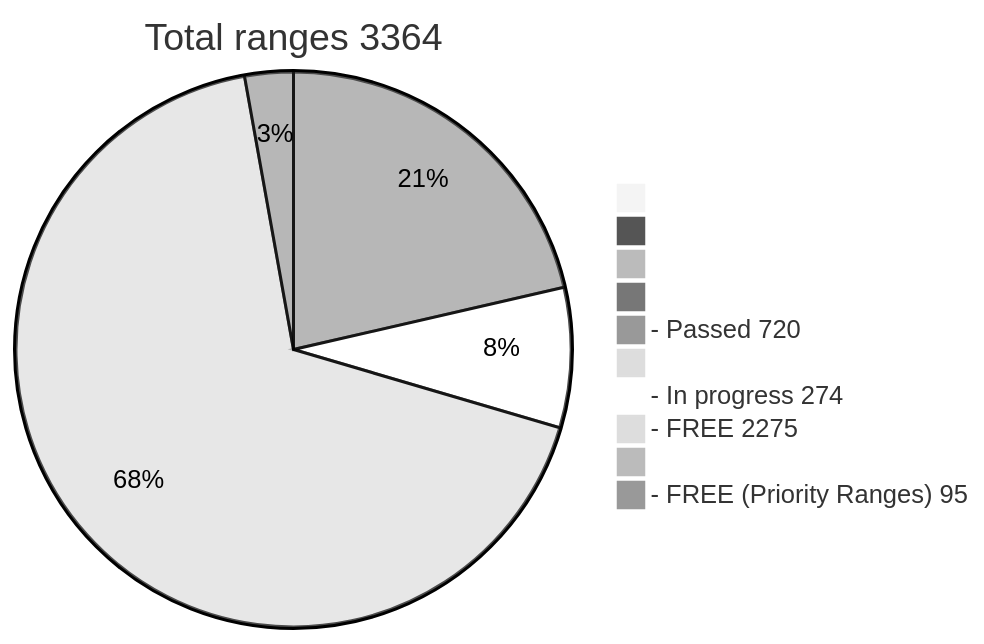
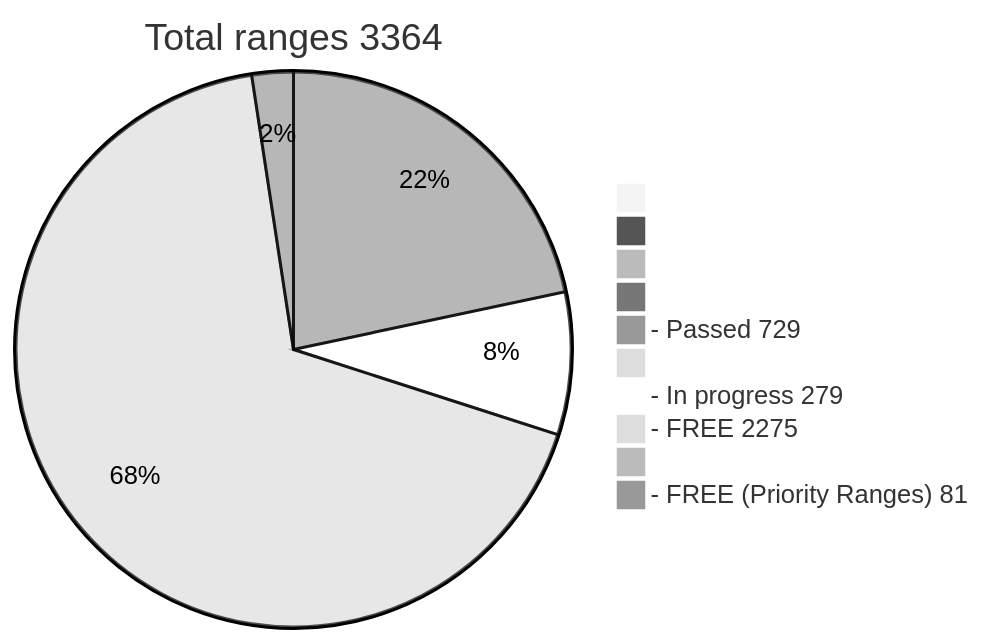
The diagram in README.md (phrutis/wif500), drawn with Mermaid (neutral theme) before and after one commit.

````diff
--- a/README.md
+++ b/README.md
@@ -16,13 +16,13 @@
 ```mermaid
 pie title Total ranges 3364
              " " : 0
             "  " : 0
            "   " : 0
           "    " : 0
-  "- Passed 720" : 720
+  "- Passed 729" : 729
          "     " : 0
-  "- In progress 274" : 274
+  "- In progress 279" : 279
    "- FREE 2275" : 2275
         "      " : 0
-  "- FREE (Priority Ranges) 95" : 95
+  "- FREE (Priority Ranges) 81" : 81
 ```
````
